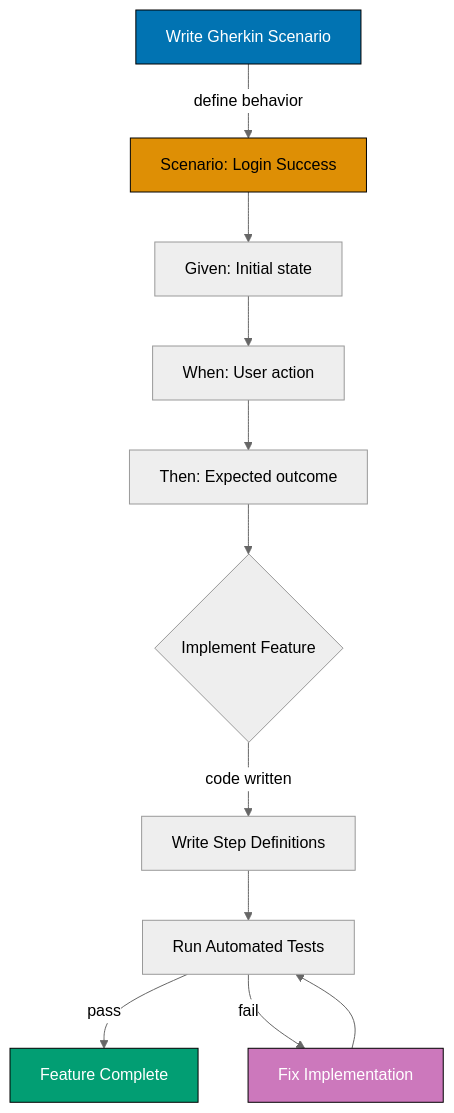
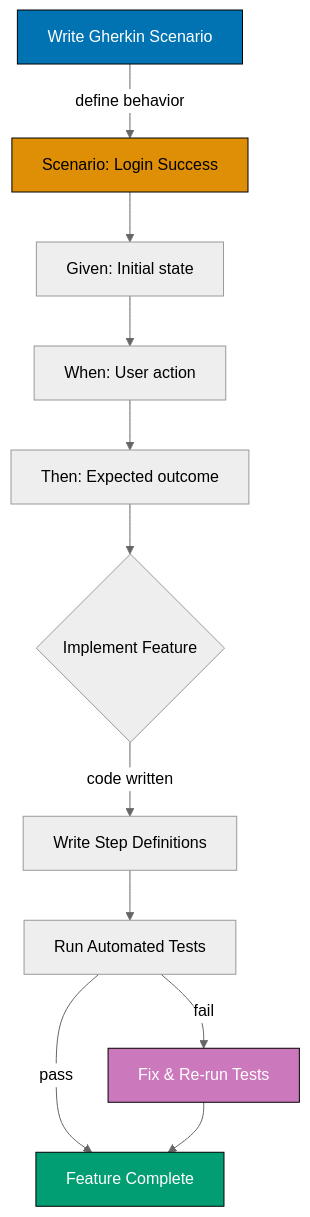
The diagram in repo-governance/development/infra/acceptance-criteria.md (wahidyankf/ose-primer), drawn with Mermaid (neutral theme) before and after one commit. The commit also changed other lines of this file and 72 other files, not shown here.

````diff
--- a/repo-governance/development/infra/acceptance-criteria.md
+++ b/repo-governance/development/infra/acceptance-criteria.md
@@ -495,18 +498,18 @@
 ```mermaid
 graph TD
  A[Write Gherkin Scenario] -- define behavior --> B[Scenario: Login Success]
  B --> C[Given: Initial state]
  C --> D[When: User action]
  D --> E[Then: Expected outcome]
  E --> F{Implement Feature}
  F -- code written --> G[Write Step Definitions]
  G --> H[Run Automated Tests]
  H -- pass --> I[Feature Complete]
- H -- fail --> J[Fix Implementation]
- J --> H
+ H -- fail --> J[Fix & Re-run Tests]
+ J --> I
 
  style A fill:#0173B2,stroke:#000,color:#fff
  style B fill:#DE8F05,stroke:#000,color:#000
  style I fill:#029E73,stroke:#000,color:#fff
  style J fill:#CC78BC,stroke:#000,color:#fff
 ```
````
